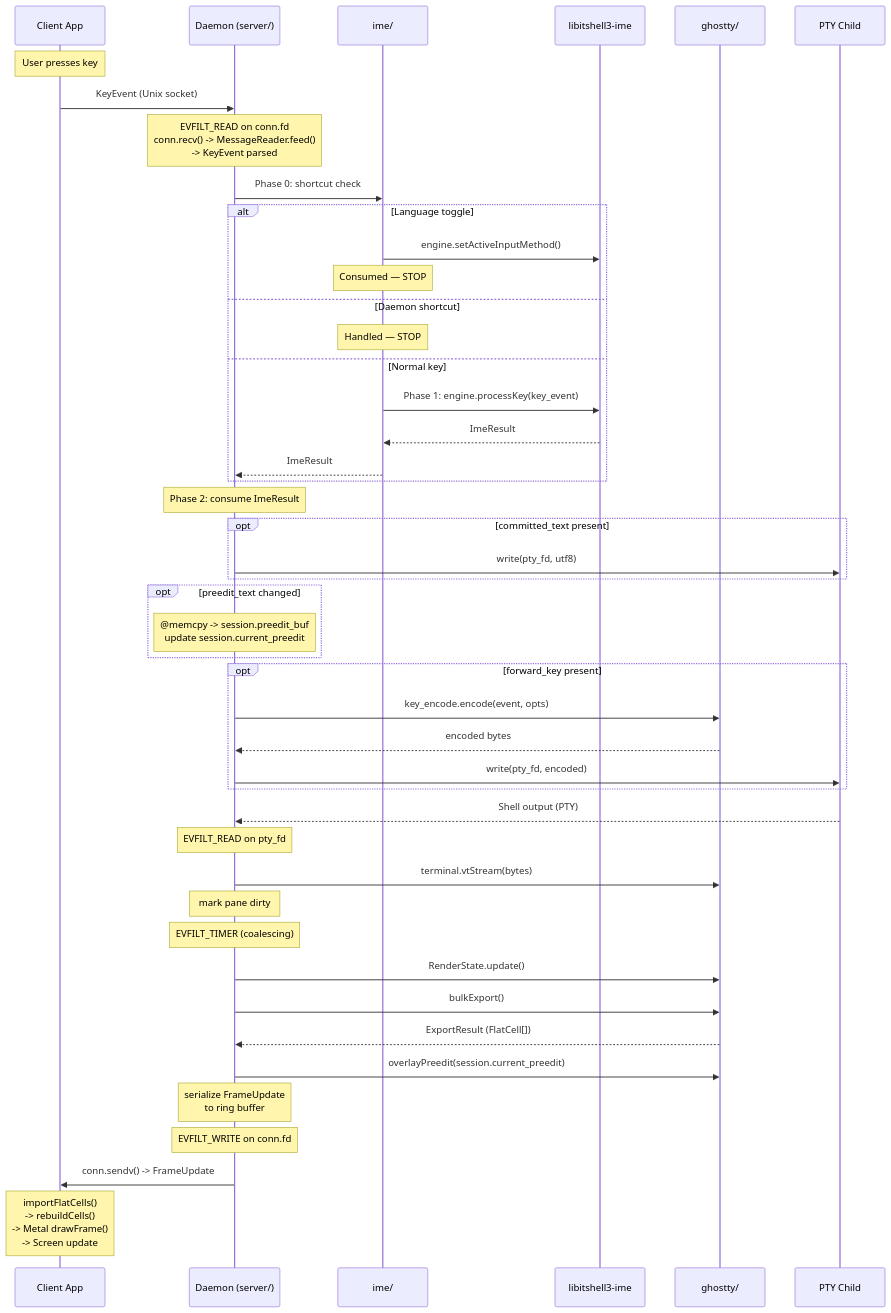
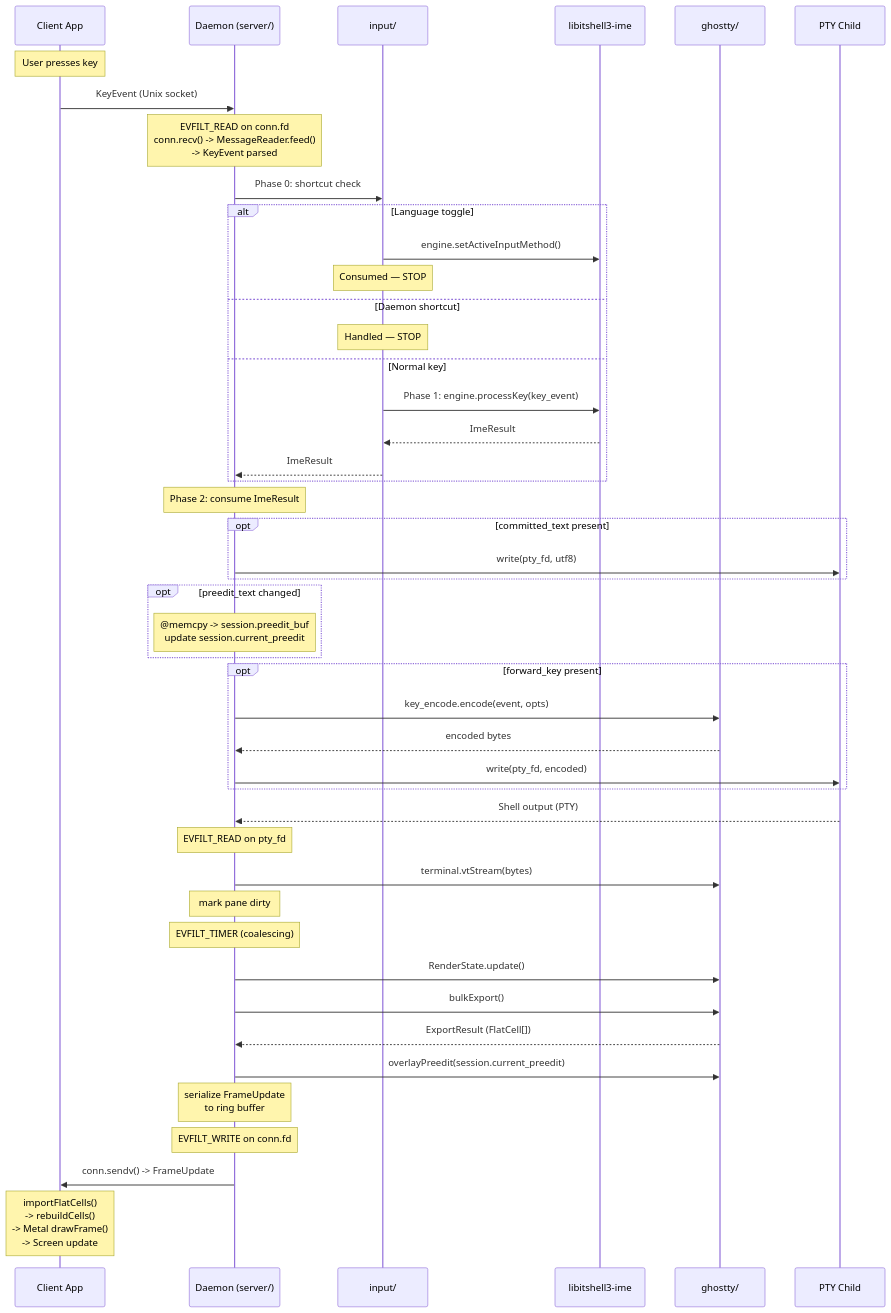
The first of 2 diagrams in docs/modules/libitshell3/02-design-docs/daemon/v0.2/02-integration-boundaries.md (powdream-org/it-shell3), drawn with Mermaid before and after one commit. The commit also changed other lines of this file and 4 other files, not shown here.

````diff
--- a/docs/modules/libitshell3/02-design-docs/daemon/v0.2/02-integration-boundaries.md
+++ b/docs/modules/libitshell3/02-design-docs/daemon/v0.2/02-integration-boundaries.md
@@ -296,57 +296,57 @@
 ```mermaid
 sequenceDiagram
     participant C as Client App
     participant S as Daemon (server/)
-    participant I as ime/
+    participant I as input/
     participant E as libitshell3-ime
     participant G as ghostty/
     participant P as PTY Child
 
     Note over C: User presses key
     C->>S: KeyEvent (Unix socket)
     Note over S: EVFILT_READ on conn.fd<br/>conn.recv() -> MessageReader.feed()<br/>-> KeyEvent parsed
 
     S->>I: Phase 0: shortcut check
     alt Language toggle
         I->>E: engine.setActiveInputMethod()
         Note over I: Consumed — STOP
     else Daemon shortcut
         Note over I: Handled — STOP
     else Normal key
         I->>E: Phase 1: engine.processKey(key_event)
         E-->>I: ImeResult
         I-->>S: ImeResult
     end
 
     Note over S: Phase 2: consume ImeResult
 
     opt committed_text present
         S->>P: write(pty_fd, utf8)
     end
     opt preedit_text changed
         Note over S: @memcpy -> session.preedit_buf<br/>update session.current_preedit
     end
     opt forward_key present
         S->>G: key_encode.encode(event, opts)
         G-->>S: encoded bytes
         S->>P: write(pty_fd, encoded)
     end
 
     P-->>S: Shell output (PTY)
     Note over S: EVFILT_READ on pty_fd
 
     S->>G: terminal.vtStream(bytes)
     Note over S: mark pane dirty
 
     Note over S: EVFILT_TIMER (coalescing)
     S->>G: RenderState.update()
     S->>G: bulkExport()
     G-->>S: ExportResult (FlatCell[])
     S->>G: overlayPreedit(session.current_preedit)
     Note over S: serialize FrameUpdate<br/>to ring buffer
 
     Note over S: EVFILT_WRITE on conn.fd
     S->>C: conn.sendv() -> FrameUpdate
 
     Note over C: importFlatCells()<br/>-> rebuildCells()<br/>-> Metal drawFrame()<br/>-> Screen update
 ```
````
